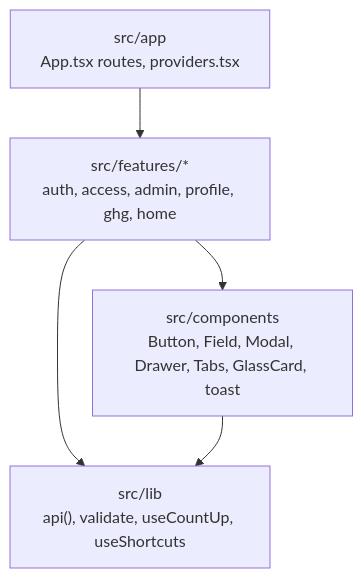
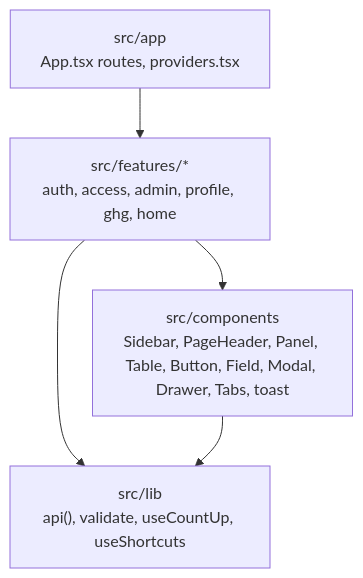
The diagram in docs/reference/frontend-structure.md (miketak/carbonos), drawn with Mermaid before and after one commit. The commit also changed other lines of this file and 12 other files, not shown here.

````diff
--- a/docs/reference/frontend-structure.md
+++ b/docs/reference/frontend-structure.md
@@ -13,13 +13,13 @@
 ```mermaid
 flowchart TB
     accTitle: The frontend folders and how they depend on each other
     accDescr: app wires routing and providers; features hold pages, components and queries per backend module; components is shared UI; lib is shared infrastructure that every feature calls.
     app["src/app\nApp.tsx routes, providers.tsx"]
     features["src/features/*\nauth, access, admin, profile, ghg, home"]
-    components["src/components\nButton, Field, Modal, Drawer, Tabs, GlassCard, toast"]
+    components["src/components\nSidebar, PageHeader, Panel, Table, Button, Field, Modal, Drawer, Tabs, toast"]
     lib["src/lib\napi(), validate, useCountUp, useShortcuts"]
     app --> features
     features --> components
     features --> lib
     components --> lib
 ```
````
